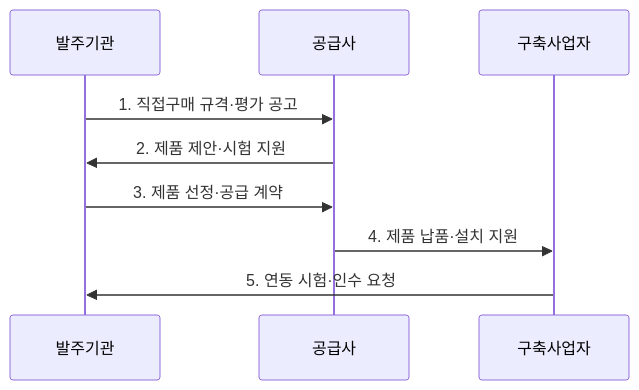
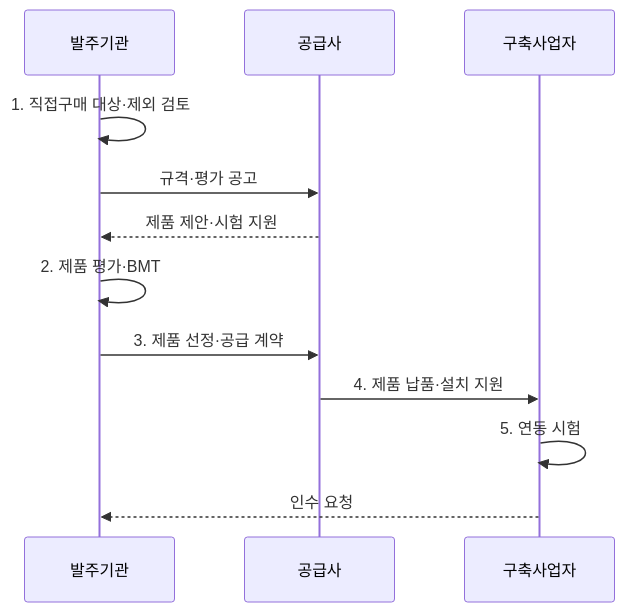
Before and after one commit to agnusdei1207/knowledge-base: the second of 2 diagrams in src/content/docs/notes/07-law-policy/016_commercial_sw_direct_purchase.md, drawn with Mermaid. The commit also changed other lines of this file and 20 other files, not shown here.

````diff
--- a/src/content/docs/notes/07-law-policy/016_commercial_sw_direct_purchase.md
+++ b/src/content/docs/notes/07-law-policy/016_commercial_sw_direct_purchase.md
@@ -83,11 +81,14 @@
 ```mermaid
 sequenceDiagram
     participant 발주기관
     participant 공급사
     participant 구축사업자
-    발주기관->>공급사: 1. 직접구매 규격·평가 공고
-    공급사->>발주기관: 2. 제품 제안·시험 지원
+    발주기관->>발주기관: 1. 직접구매 대상·제외 검토
+    발주기관->>공급사: 규격·평가 공고
+    공급사-->>발주기관: 제품 제안·시험 지원
+    발주기관->>발주기관: 2. 제품 평가·BMT
     발주기관->>공급사: 3. 제품 선정·공급 계약
     공급사->>구축사업자: 4. 제품 납품·설치 지원
-    구축사업자->>발주기관: 5. 연동 시험·인수 요청
+    구축사업자->>구축사업자: 5. 연동 시험
+    구축사업자-->>발주기관: 인수 요청
 ```
````
